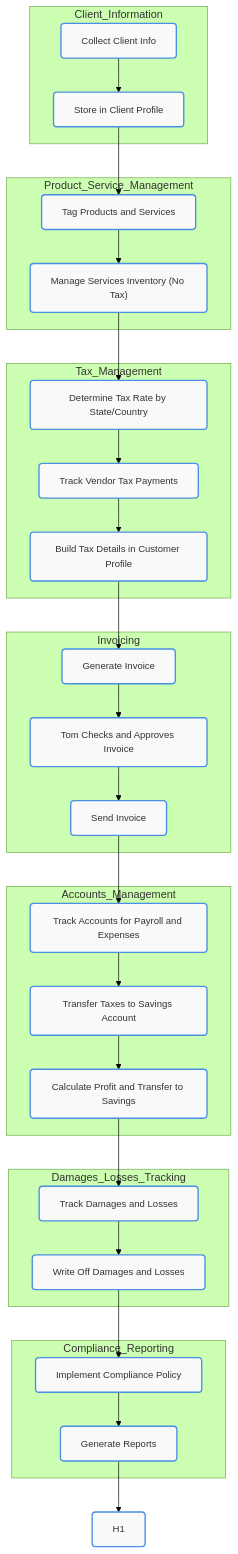
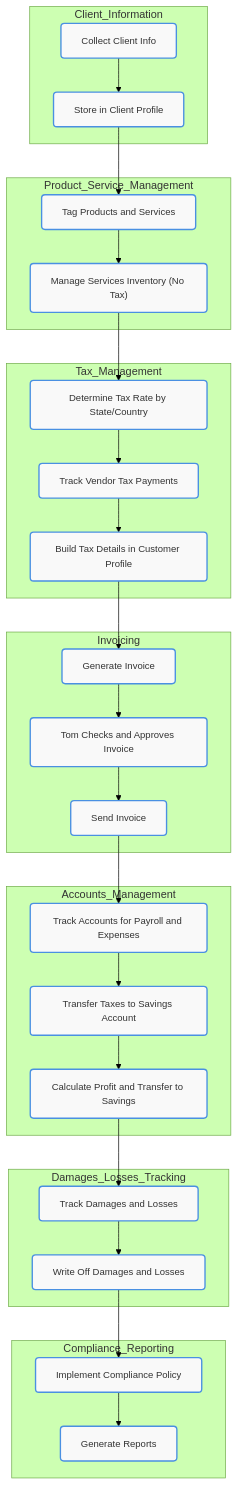
The second of 14 diagrams in README.md (TyGrim13/4WinnerFlows), drawn with Mermaid before and after one commit.

````diff
--- a/README.md
+++ b/README.md
@@ -195,65 +195,64 @@
 ```mermaid
 
 %%{init: {'theme': 'forest', 'themeVariables': { 'primaryColor': '#4a90e2', 'edgeLabelBackground': '#ffffff', 'tertiaryColor': '#f4f4f4', 'primaryBorderColor': '#333', 'primaryTextColor': '#333', 'fontFamily': 'Arial'}}}%%
 
 flowchart TD
     classDef default fill:#f9f9f9,stroke:#4a90e2,stroke-width:2px,color:#333,font-family:'Arial',font-size:14px,rx:5,ry:5;
 
     subgraph Client_Information
         A1["Collect Client Info"]
         A2["Store in Client Profile"]
     end
     
     subgraph Product_Service_Management
         B1["Tag Products and Services"]
         B2["Manage Services Inventory (No Tax)"]
     end
     
     subgraph Tax_Management
         C1["Determine Tax Rate by State/Country"]
         C2["Track Vendor Tax Payments"]
         C3["Build Tax Details in Customer Profile"]
     end
     
     subgraph Invoicing
         D1["Generate Invoice"]
         D2["Tom Checks and Approves Invoice"]
         D3["Send Invoice"]
     end
     
     subgraph Accounts_Management
         E1["Track Accounts for Payroll and Expenses"]
         E2["Transfer Taxes to Savings Account"]
         E3["Calculate Profit and Transfer to Savings"]
     end
     
     subgraph Damages_Losses_Tracking
         F1["Track Damages and Losses"]
         F2["Write Off Damages and Losses"]
     end
     
     subgraph Compliance_Reporting
         G1["Implement Compliance Policy"]
         G2["Generate Reports"]
     end
     
     
     A1 --> A2
     A2 --> B1
     B1 --> B2
     B2 --> C1
     C1 --> C2
     C2 --> C3
     C3 --> D1
     D1 --> D2
     D2 --> D3
     D3 --> E1
     E1 --> E2
     E2 --> E3
     E3 --> F1
     F1 --> F2
     F2 --> G1
     G1 --> G2
-    G2 --> H1
 
 ```
````
